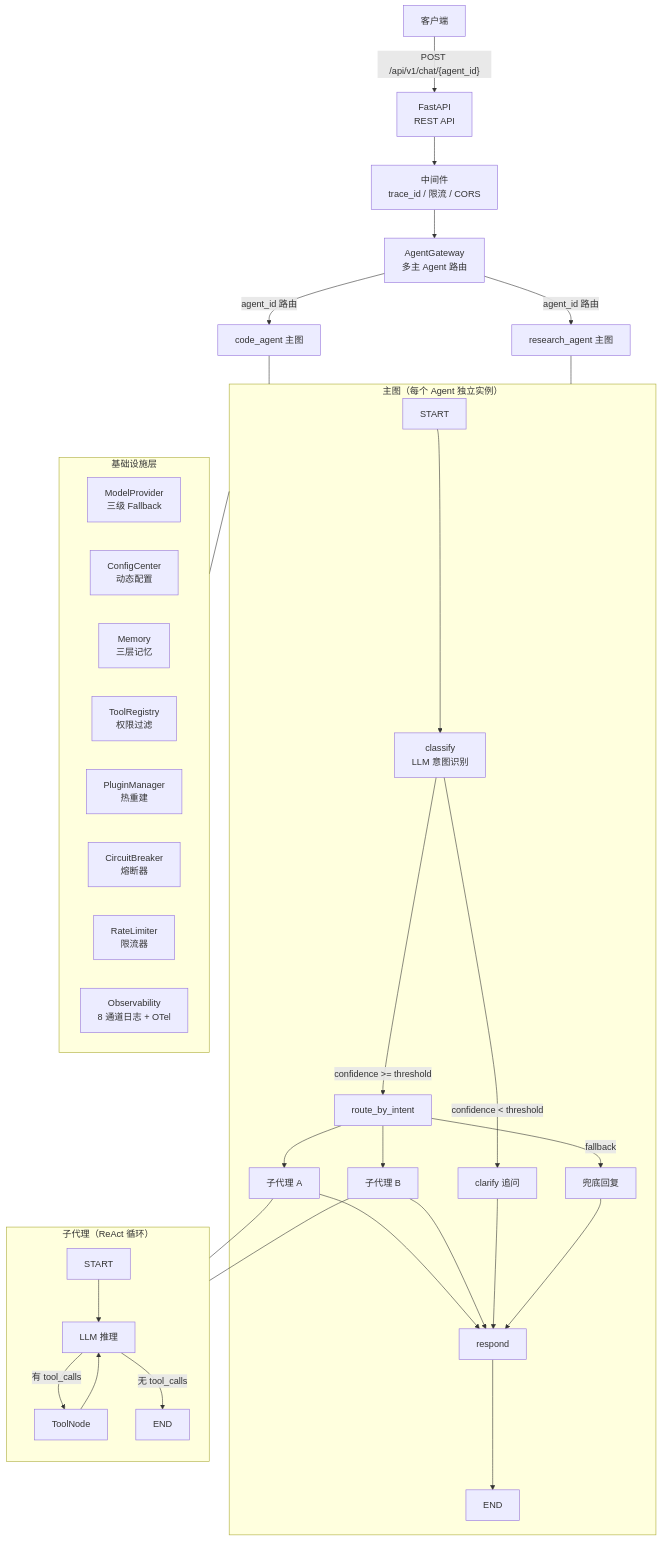
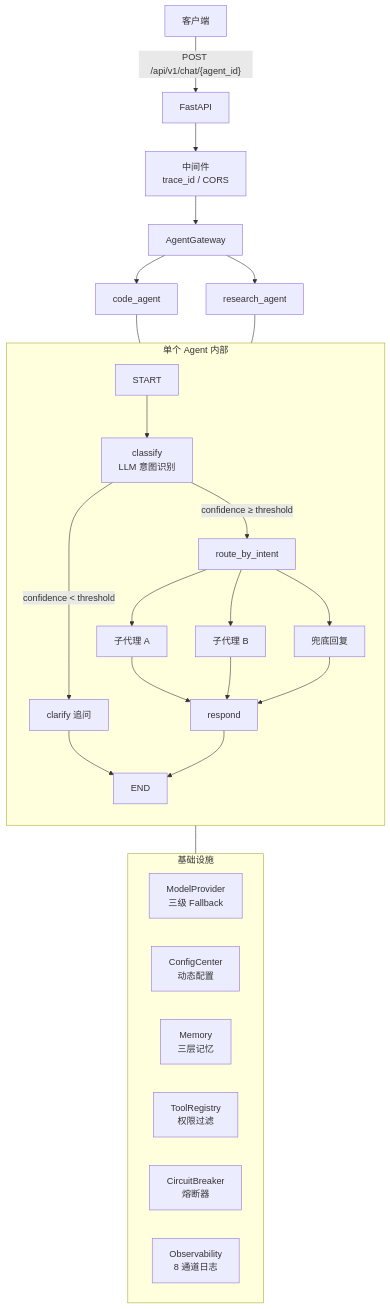
One commit to heelynn/artipivot changed the second of 12 diagrams in README.md. Above: the diagram before and after it, drawn with Mermaid. The commit also changed other lines of this file and 3 other files, not shown here.

````diff
--- a/README.md
+++ b/README.md
@@ -44,48 +116,35 @@
 ```mermaid
 flowchart TD
-    Client["客户端"] -->|"POST /api/v1/chat/{agent_id}"| API["FastAPI<br/>REST API"]
+    Client["客户端"] -->|"POST /api/v1/chat/{agent_id}"| API["FastAPI"]
+    API --> MW["中间件<br/>trace_id / CORS"]
+    MW --> GW["AgentGateway"]
 
-    API --> MW["中间件<br/>trace_id / 限流 / CORS"]
-    MW --> GW["AgentGateway<br/>多主 Agent 路由"]
+    GW --> GA["code_agent"]
+    GW --> GB["research_agent"]
 
-    GW -->|"agent_id 路由"| GA["code_agent 主图"]
-    GW -->|"agent_id 路由"| GB["research_agent 主图"]
-
-    subgraph MainGraph["主图（每个 Agent 独立实例）"]
+    subgraph Agent["单个 Agent 内部"]
+        direction TB
         START --> Classify["classify<br/>LLM 意图识别"]
-        Classify -->|"confidence >= threshold"| Route["route_by_intent"]
+        Classify -->|"confidence ≥ threshold"| Route["route_by_intent"]
         Classify -->|"confidence < threshold"| Clarify["clarify 追问"]
         Route --> SubA["子代理 A"]
         Route --> SubB["子代理 B"]
-        Route -->|"fallback"| Fallback["兜底回复"]
-        SubA --> Respond["respond"]
-        SubB --> Respond
-        Clarify --> Respond
-        Fallback --> Respond
+        Route --> Fallback["兜底回复"]
+        SubA & SubB & Fallback --> Respond["respond"]
+        Clarify --> END
         Respond --> END
     end
 
-    subgraph SubGraph["子代理（ReAct 循环）"]
-        direction TB
-        S_START["START"] --> LLM["LLM 推理"]
-        LLM -->|"有 tool_calls"| Tools["ToolNode"]
-        Tools --> LLM
-        LLM -->|"无 tool_calls"| S_END["END"]
-    end
-
-    subgraph Infra["基础设施层"]
+    subgraph Infra["基础设施"]
         direction LR
         MP["ModelProvider<br/>三级 Fallback"]
         CC["ConfigCenter<br/>动态配置"]
         MM["Memory<br/>三层记忆"]
         TR["ToolRegistry<br/>权限过滤"]
-        PL["PluginManager<br/>热重建"]
         CB["CircuitBreaker<br/>熔断器"]
-        RL["RateLimiter<br/>限流器"]
-        LOG["Observability<br/>8 通道日志 + OTel"]
+        LOG["Observability<br/>8 通道日志"]
     end
 
-    GA & GB --- MainGraph
-    SubA & SubB --- SubGraph
-    MainGraph --- Infra
+    GA & GB --- Agent
+    Agent --- Infra
 ```
````
